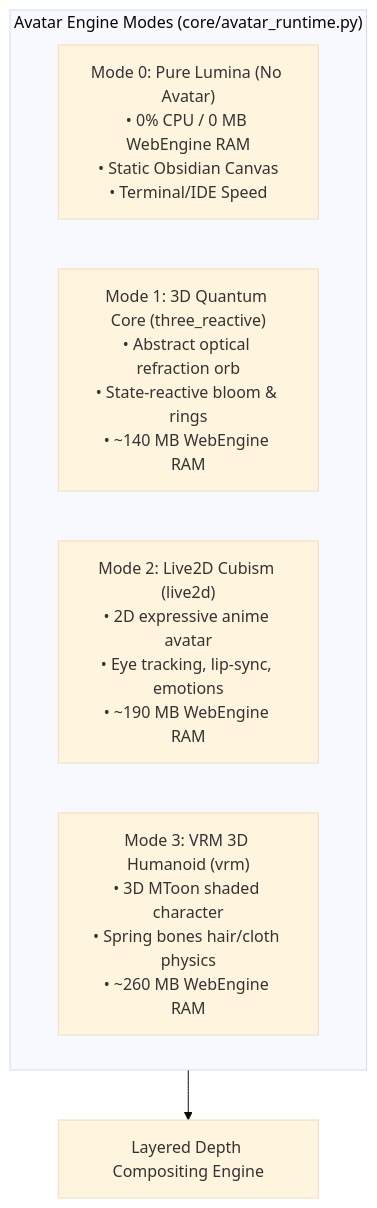
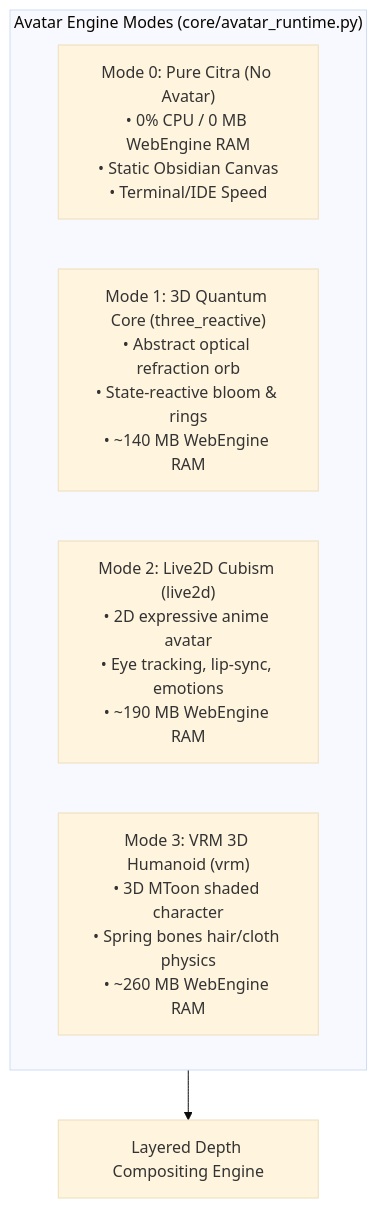
The fourth of 4 diagrams in docs/VISUAL-REDESIGN-PROPOSAL.md (SynapticSmith/Brahma-Ai-Evo), drawn with Mermaid (base theme) before and after one commit. The commit also changed other lines of this file and 5 other files, not shown here.

````diff
--- a/docs/VISUAL-REDESIGN-PROPOSAL.md
+++ b/docs/VISUAL-REDESIGN-PROPOSAL.md
@@ -292,10 +296,10 @@
 ```mermaid
 flowchart TD
     subgraph EngineSelection["Avatar Engine Modes (core/avatar_runtime.py)"]
-        M0["Mode 0: Pure Lumina (No Avatar)<br/>• 0% CPU / 0 MB WebEngine RAM<br/>• Static Obsidian Canvas<br/>• Terminal/IDE Speed"]
+        M0["Mode 0: Pure Citra (No Avatar)<br/>• 0% CPU / 0 MB WebEngine RAM<br/>• Static Obsidian Canvas<br/>• Terminal/IDE Speed"]
         M1["Mode 1: 3D Quantum Core (three_reactive)<br/>• Abstract optical refraction orb<br/>• State-reactive bloom & rings<br/>• ~140 MB WebEngine RAM"]
         M2["Mode 2: Live2D Cubism (live2d)<br/>• 2D expressive anime avatar<br/>• Eye tracking, lip-sync, emotions<br/>• ~190 MB WebEngine RAM"]
         M3["Mode 3: VRM 3D Humanoid (vrm)<br/>• 3D MToon shaded character<br/>• Spring bones hair/cloth physics<br/>• ~260 MB WebEngine RAM"]
     end
     EngineSelection --> RenderPlane["Layered Depth Compositing Engine"]
 ```
````
